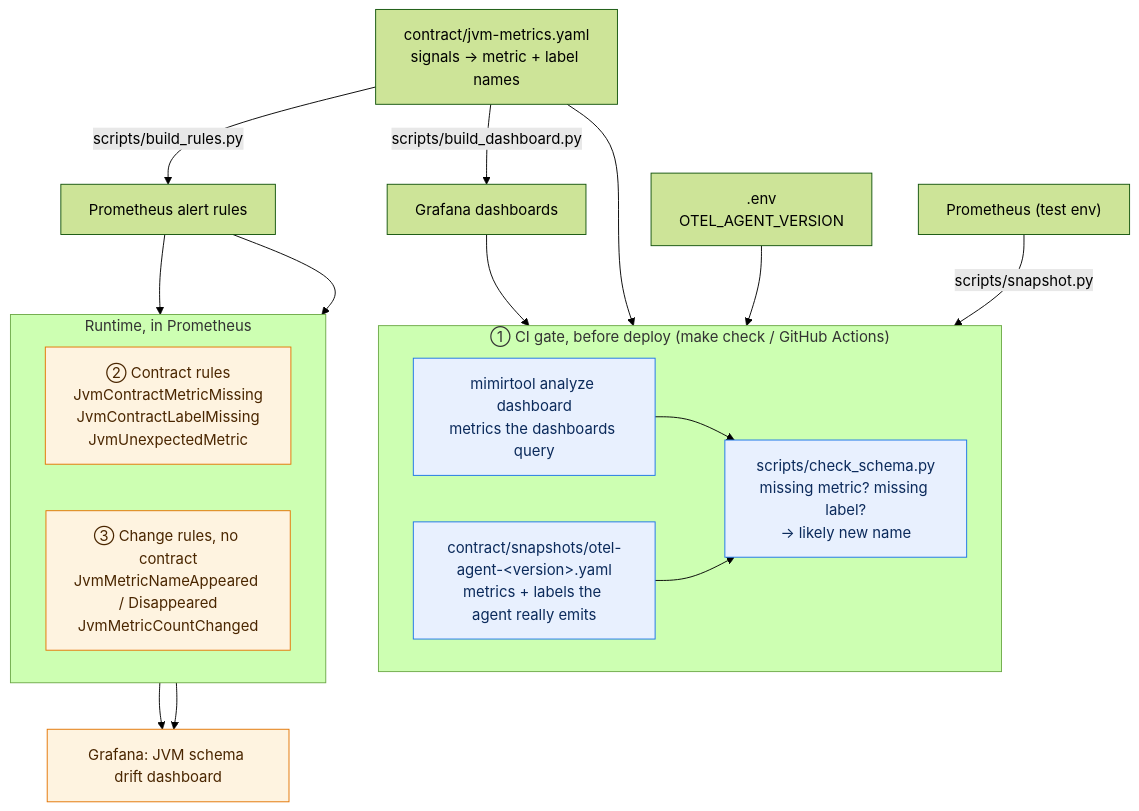
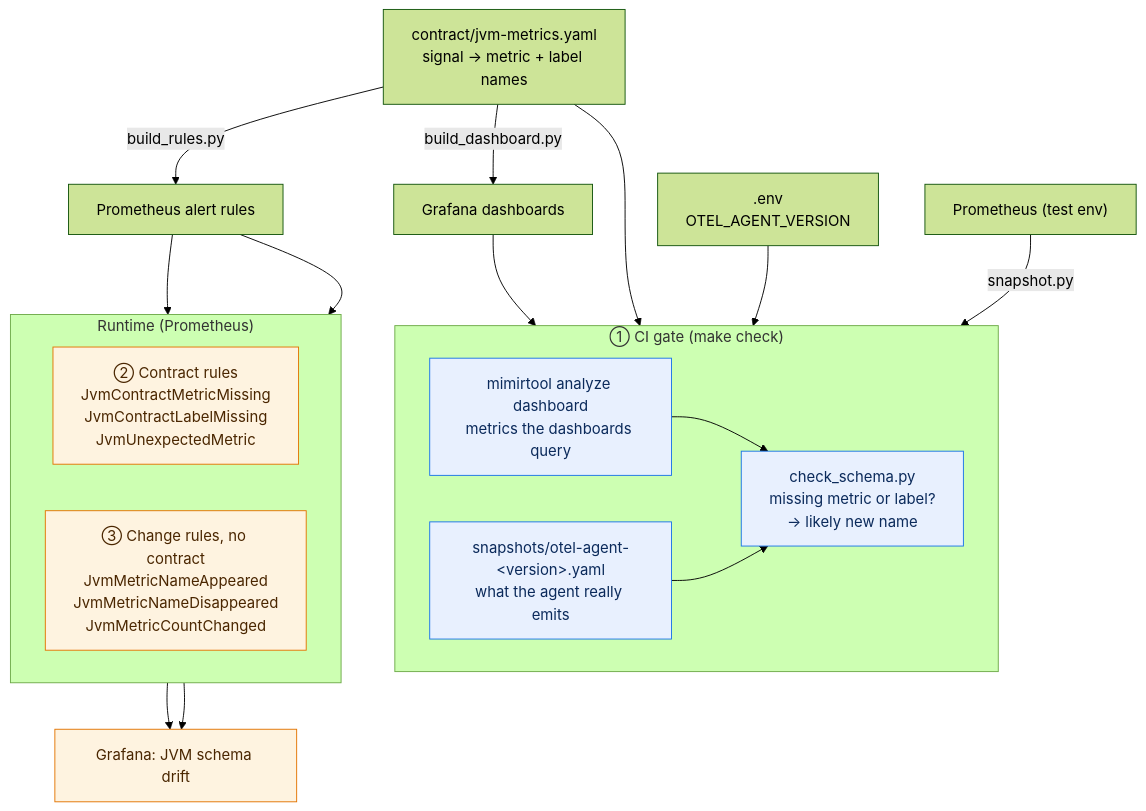
One commit to imenbkr/demo-otel-jvm-schema-drift changed the diagram in docs/diagrams/detection.mmd. Above: the diagram before and after it, drawn with Mermaid (forest theme). The commit also changed 6 other files, not shown here.

Commit message:
Fix diagram rendering on GitHub and add PNG exports

```diff
--- a/docs/diagrams/detection.mmd
+++ b/docs/diagrams/detection.mmd
@@ -1,30 +1,30 @@
 flowchart TB
-  contract["contract/jvm-metrics.yaml<br/>signals → metric + label names"]
-  contract -->|scripts/build_dashboard.py| dash["Grafana dashboards"]
-  contract -->|scripts/build_rules.py| rules["Prometheus alert rules"]
+  contract["contract/jvm-metrics.yaml<br/>signal → metric + label names"]
+  contract -->|build_dashboard.py| dash["Grafana dashboards"]
+  contract -->|build_rules.py| rules["Prometheus alert rules"]
 
-  subgraph ci["① CI gate, before deploy (make check / GitHub Actions)"]
+  subgraph ci["① CI gate (make check)"]
     direction LR
     mimir["mimirtool analyze dashboard<br/>metrics the dashboards query"]
-    snap["contract/snapshots/otel-agent-&lt;version&gt;.yaml<br/>metrics + labels the agent really emits"]
-    check["scripts/check_schema.py<br/>missing metric? missing label?<br/>→ likely new name"]
+    snap["snapshots/otel-agent-#lt;version#gt;.yaml<br/>what the agent really emits"]
+    check["check_schema.py<br/>missing metric or label?<br/>→ likely new name"]
     mimir --> check
     snap --> check
   end
   dash --> mimir
   contract --> check
   env[".env<br/>OTEL_AGENT_VERSION"] --> check
+  testprom["Prometheus (test env)"] -->|snapshot.py| snap
 
-  subgraph rt["Runtime, in Prometheus"]
+  subgraph rt["Runtime (Prometheus)"]
     direction LR
     r2["② Contract rules<br/>JvmContractMetricMissing<br/>JvmContractLabelMissing<br/>JvmUnexpectedMetric"]
-    r3["③ Change rules, no contract<br/>JvmMetricNameAppeared / Disappeared<br/>JvmMetricCountChanged"]
+    r3["③ Change rules, no contract<br/>JvmMetricNameAppeared<br/>JvmMetricNameDisappeared<br/>JvmMetricCountChanged"]
   end
   rules --> r2 & r3
-  r2 & r3 --> drift["Grafana: JVM schema drift dashboard"]
-  prom["Prometheus (test env)"] -->|scripts/snapshot.py| snap
+  r2 & r3 --> drift["Grafana: JVM schema drift"]
 
   classDef gate fill:#e8f0fe,stroke:#1a73e8,color:#0b2a5b
   classDef run fill:#fef3e0,stroke:#e37400,color:#4a2600
   class mimir,snap,check gate
   class r2,r3,drift run
```
